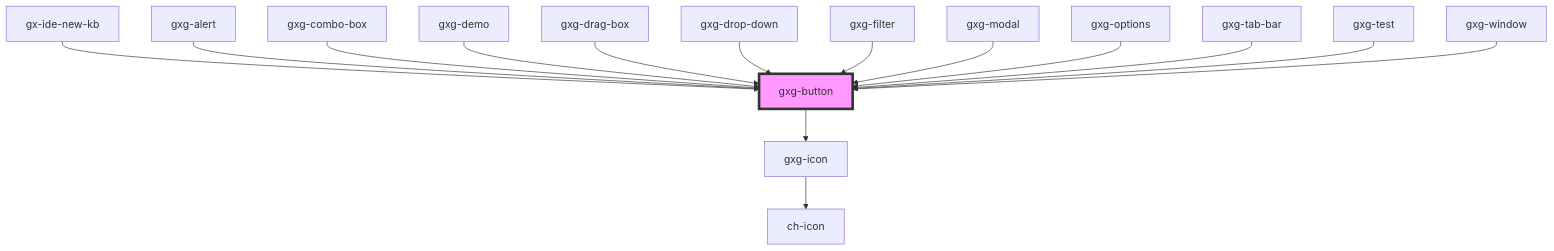
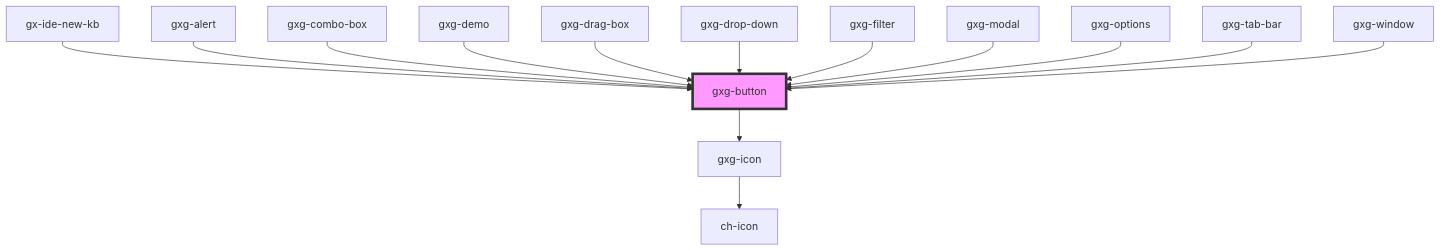
One commit to genexuslabs/gemini changed the diagram in src/components/button/readme.md. Above: the diagram before and after it, drawn with Mermaid. The commit also changed other lines of this file and 12 other files, not shown here.

````diff
--- a/src/components/button/readme.md
+++ b/src/components/button/readme.md
@@ -62,18 +61,17 @@
 ```mermaid
 graph TD;
   gxg-button --> gxg-icon
   gxg-icon --> ch-icon
   gx-ide-new-kb --> gxg-button
   gxg-alert --> gxg-button
   gxg-combo-box --> gxg-button
   gxg-demo --> gxg-button
   gxg-drag-box --> gxg-button
   gxg-drop-down --> gxg-button
   gxg-filter --> gxg-button
   gxg-modal --> gxg-button
   gxg-options --> gxg-button
   gxg-tab-bar --> gxg-button
-  gxg-test --> gxg-button
   gxg-window --> gxg-button
   style gxg-button fill:#f9f,stroke:#333,stroke-width:4px
 ```
````
